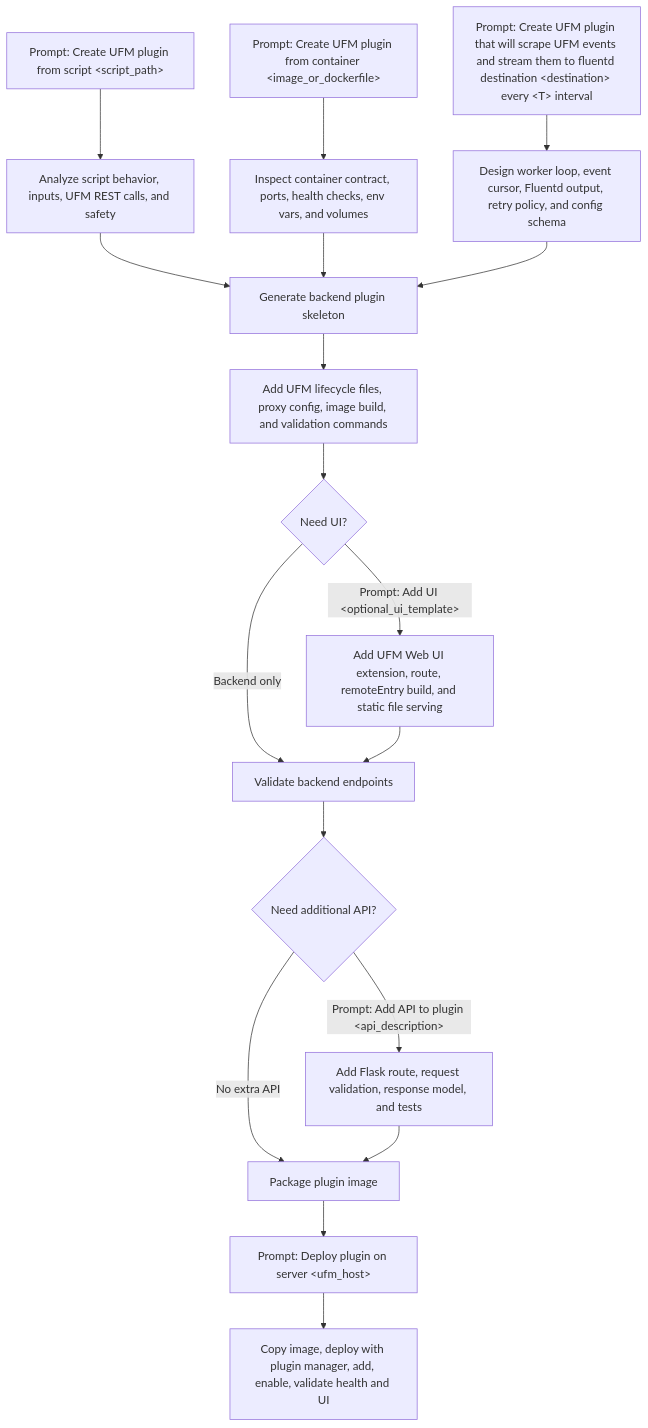
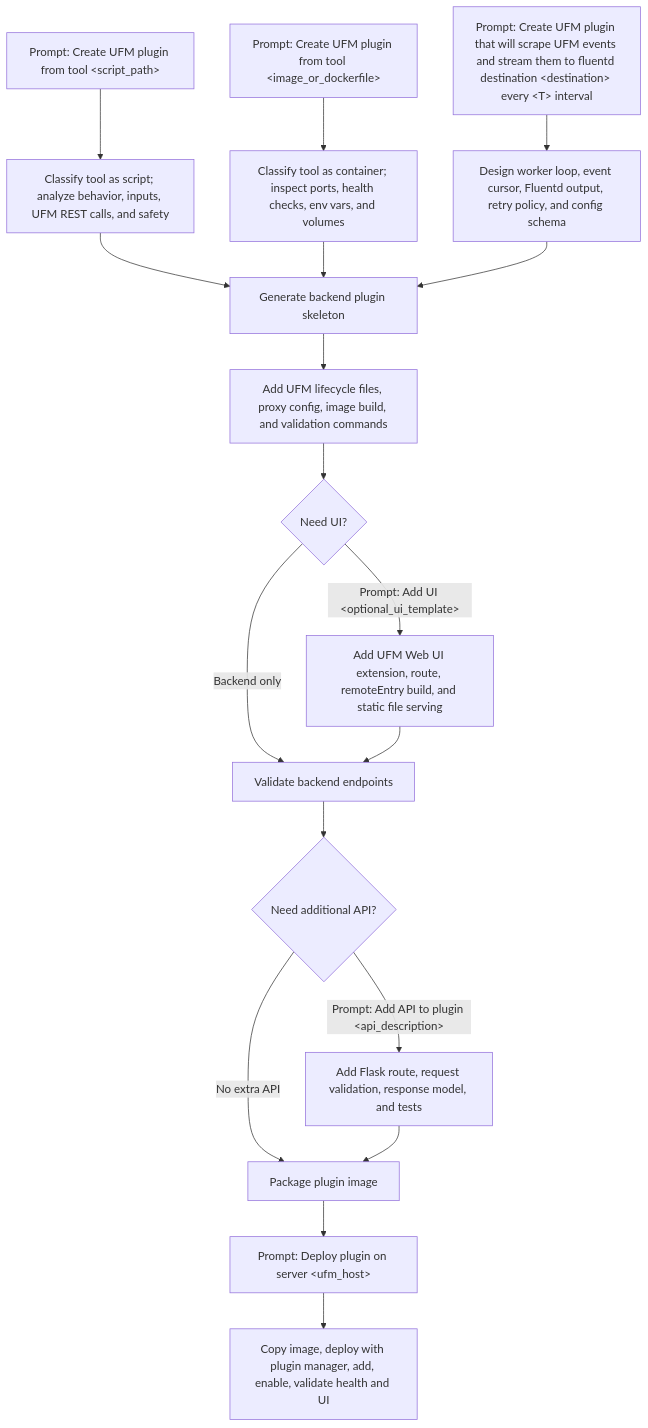
The diagram in ai_ufm_plugin_blog/blog/create-ufm-plugin-with-ai.md (Mellanox/ufm_sdk_3.0), drawn with Mermaid before and after one commit. The commit also changed other lines of this file and 4 other files, not shown here.

Commit message:
Rename UFM plugin skill and add simulator skill

````diff
--- a/ai_ufm_plugin_blog/blog/create-ufm-plugin-with-ai.md
+++ b/ai_ufm_plugin_blog/blog/create-ufm-plugin-with-ai.md
@@ -27,24 +29,24 @@
 ```mermaid
 flowchart TD
-  A["Prompt: Create UFM plugin from script &lt;script_path&gt;"] --> B["Analyze script behavior, inputs, UFM REST calls, and safety"]
-  C["Prompt: Create UFM plugin from container &lt;image_or_dockerfile&gt;"] --> D["Inspect container contract, ports, health checks, env vars, and volumes"]
+  A["Prompt: Create UFM plugin from tool &lt;script_path&gt;"] --> B["Classify tool as script; analyze behavior, inputs, UFM REST calls, and safety"]
+  C["Prompt: Create UFM plugin from tool &lt;image_or_dockerfile&gt;"] --> D["Classify tool as container; inspect ports, health checks, env vars, and volumes"]
   E["Prompt: Create UFM plugin that will scrape UFM events and stream them to fluentd destination &lt;destination&gt; every &lt;T&gt; interval"] --> F["Design worker loop, event cursor, Fluentd output, retry policy, and config schema"]
 
   B --> G["Generate backend plugin skeleton"]
   D --> G
   F --> G
 
   G --> H["Add UFM lifecycle files, proxy config, image build, and validation commands"]
   H --> I{"Need UI?"}
   I -->|"Prompt: Add UI &lt;optional_ui_template&gt;"| J["Add UFM Web UI extension, route, remoteEntry build, and static file serving"]
   I -->|"Backend only"| K["Validate backend endpoints"]
   J --> K
 
   K --> L{"Need additional API?"}
   L -->|"Prompt: Add API to plugin &lt;api_description&gt;"| M["Add Flask route, request validation, response model, and tests"]
   L -->|"No extra API"| N["Package plugin image"]
   M --> N
 
   N --> O["Prompt: Deploy plugin on server &lt;ufm_host&gt;"]
   O --> P["Copy image, deploy with plugin manager, add, enable, validate health and UI"]
 ```
````
